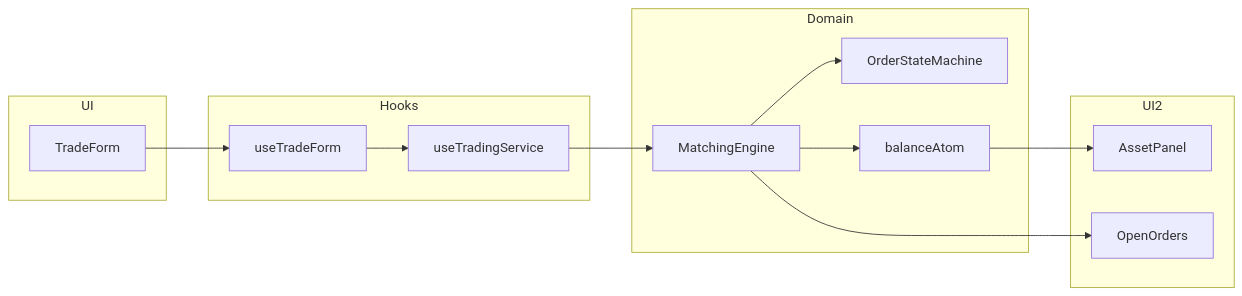
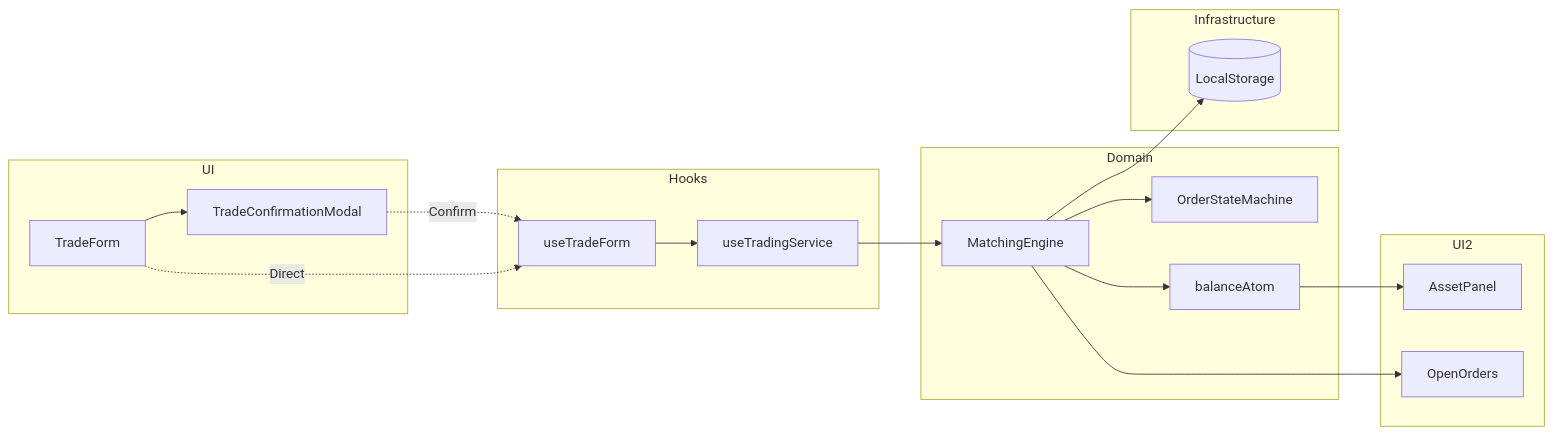
One commit to iceberg211/trading changed the fourth of 4 diagrams in docs/ARCHITECTURE.md. Above: the diagram before and after it, drawn with Mermaid. The commit also changed other lines of this file and 7 other files, not shown here.

````diff
--- a/docs/ARCHITECTURE.md
+++ b/docs/ARCHITECTURE.md
@@ -497,28 +541,37 @@
 ```mermaid
 flowchart LR
     subgraph UI
         Form[TradeForm]
+        Modal[TradeConfirmationModal]
     end
 
     subgraph Hooks
         TF[useTradeForm]
         TS[useTradingService]
     end
 
     subgraph Domain
         ME[MatchingEngine]
         SM[OrderStateMachine]
         BA[balanceAtom]
     end
 
+    subgraph Infrastructure
+        LS[(LocalStorage)]
+    end
+
     subgraph UI2
         Panel[AssetPanel]
         Orders[OpenOrders]
     end
 
-    Form --> TF --> TS --> ME
+    Form --> Modal
+    Modal -.->|Confirm| TF
+    Form -.->|Direct| TF
+    TF --> TS --> ME
     ME --> SM
     ME --> BA
+    ME --> LS
     BA --> Panel
     ME --> Orders
 ```
````
